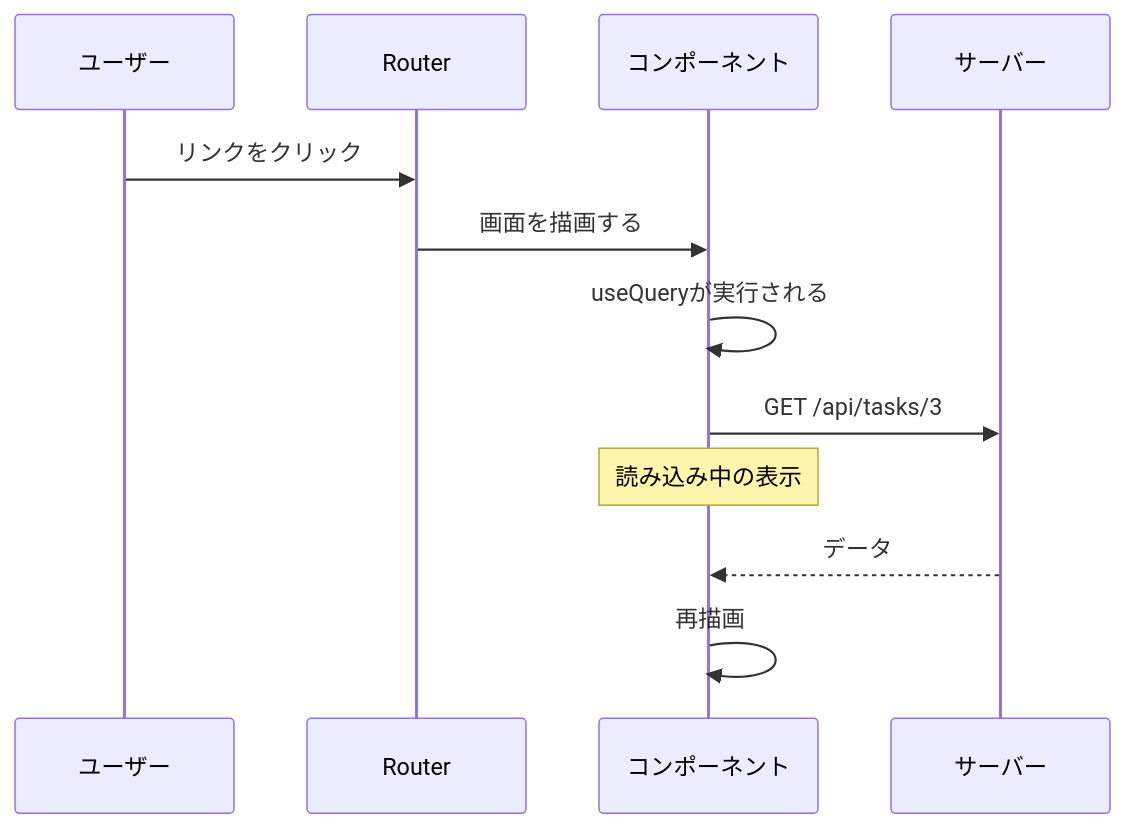
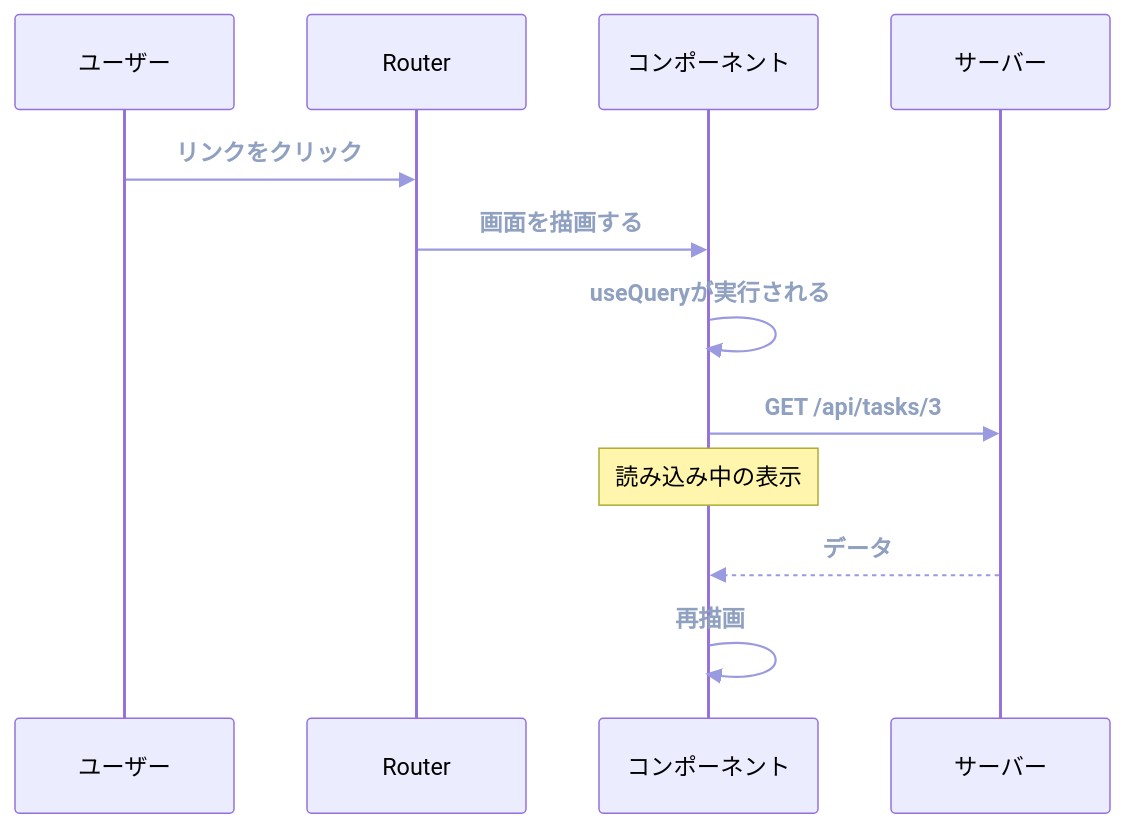
The first of 3 diagrams in books/tanstack-textbook/16-loader-data-fetching.md (nagahara-naoki/zenn), drawn with Mermaid before and after one commit. The commit also changed other lines of this file and 29 other files, not shown here.

````diff
--- a/books/tanstack-textbook/16-loader-data-fetching.md
+++ b/books/tanstack-textbook/16-loader-data-fetching.md
@@ -15,14 +15,15 @@
 ```mermaid
+%%{init: {'sequence': {'messageFontWeight': 'bold', 'messageFontSize': 15}, 'themeVariables': {'signalColor': '#9a9ae0', 'signalTextColor': '#8fa0c0'}}}%%
 sequenceDiagram
   participant U as ユーザー
   participant R as Router
   participant C as コンポーネント
   participant S as サーバー
   U->>R: リンクをクリック
   R->>C: 画面を描画する
   C->>C: useQueryが実行される
   C->>S: GET /api/tasks/3
   Note over C: 読み込み中の表示
   S-->>C: データ
   C->>C: 再描画
 ```
````
